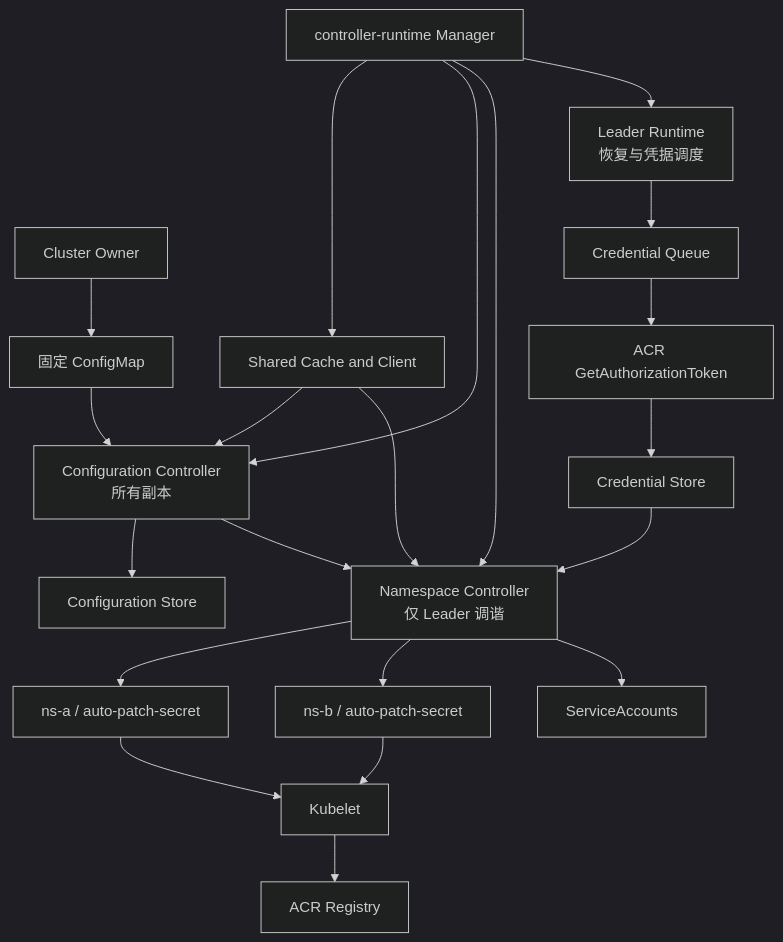
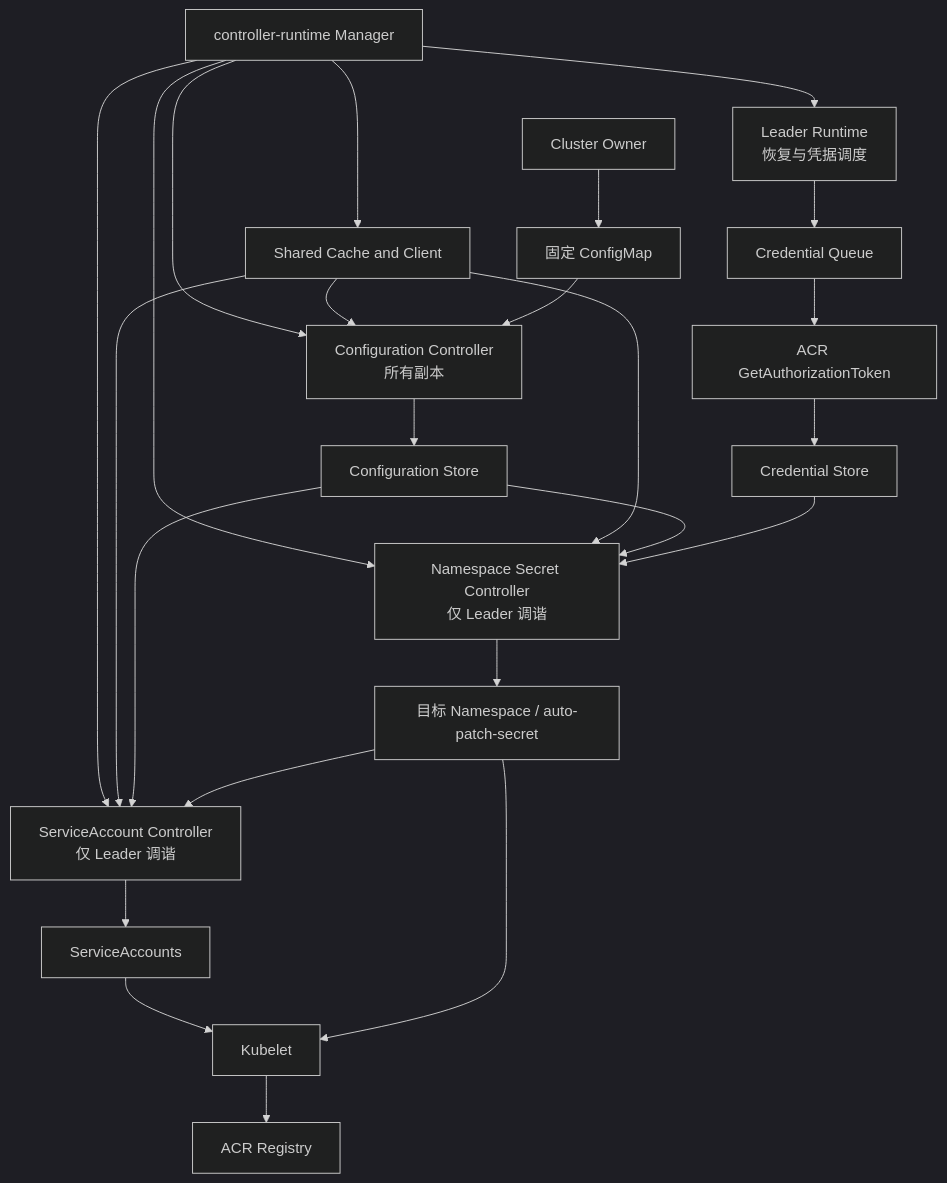
Before and after one commit to RyanWang945/kubernetes-registry-secret-controller: the diagram in docs/design.md, drawn with Mermaid (dark theme). The commit also changed other lines of this file and 26 other files, not shown here.

```diff
--- a/docs/design.md
+++ b/docs/design.md
@@ -212,23 +212,26 @@
 ~~~mermaid
 flowchart TB
     Owner[Cluster Owner] --> Config[固定 ConfigMap]
     Manager[controller-runtime Manager] --> Cache[Shared Cache and Client]
     Manager --> ConfigController[Configuration Controller<br/>所有副本]
-    Manager --> NamespaceController[Namespace Controller<br/>仅 Leader 调谐]
+    Manager --> NamespaceController[Namespace Secret Controller<br/>仅 Leader 调谐]
+    Manager --> ServiceAccountController[ServiceAccount Controller<br/>仅 Leader 调谐]
     Manager --> LeaderRuntime[Leader Runtime<br/>恢复与凭据调度]
     Cache --> ConfigController
     Cache --> NamespaceController
+    Cache --> ServiceAccountController
     Config --> ConfigController
     ConfigController --> ConfigStore[Configuration Store]
-    ConfigController --> NamespaceController
+    ConfigStore --> NamespaceController
+    ConfigStore --> ServiceAccountController
     LeaderRuntime --> TokenQueue[Credential Queue]
     TokenQueue --> ACR[ACR GetAuthorizationToken]
     ACR --> CredentialStore[Credential Store]
     CredentialStore --> NamespaceController
-    NamespaceController --> SecretA[ns-a / auto-patch-secret]
-    NamespaceController --> SecretB[ns-b / auto-patch-secret]
-    NamespaceController --> SA[ServiceAccounts]
-    SecretA --> Kubelet[Kubelet]
-    SecretB --> Kubelet
+    NamespaceController --> Secrets[目标 Namespace / auto-patch-secret]
+    Secrets --> ServiceAccountController
+    ServiceAccountController --> SA[ServiceAccounts]
+    SA --> Kubelet[Kubelet]
+    Secrets --> Kubelet
     Kubelet --> Registry[ACR Registry]
 ~~~
```
